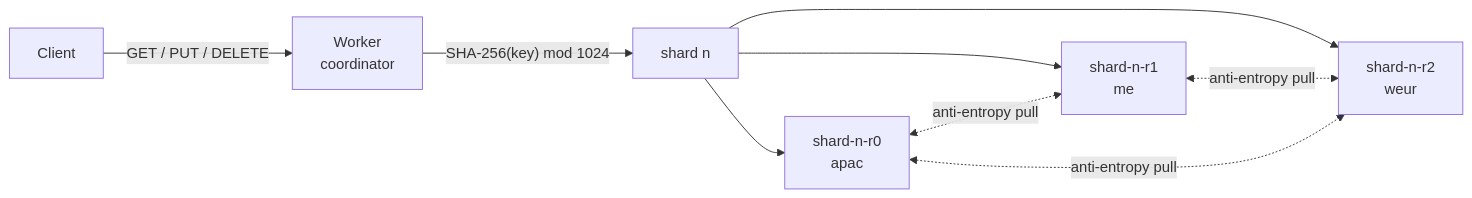
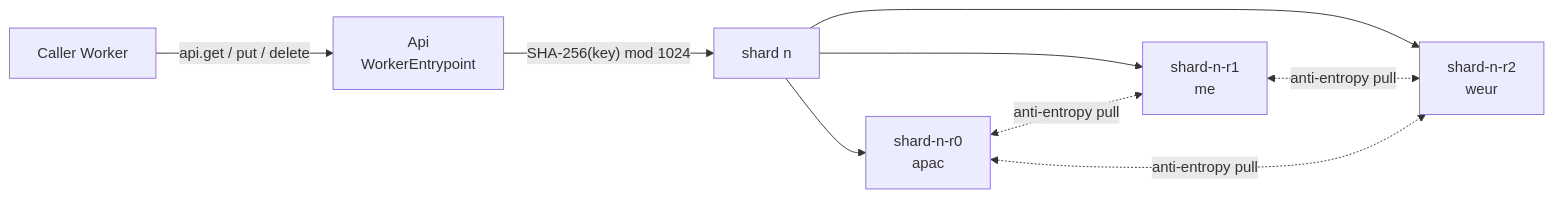
The first of 4 diagrams in README.md (boarush/quorum-kv), drawn with Mermaid before and after one commit. The commit also changed other lines of this file and 10 other files, not shown here.

First line of the commit message:
refactor: replace HTTP API with WorkerEntrypoint

````diff
--- a/README.md
+++ b/README.md
@@ -21,11 +21,11 @@
 ```mermaid
 flowchart LR
-    C[Client] -->|GET / PUT / DELETE| W["Worker<br/>coordinator"]
+    C[Caller Worker] -->|"api.get / put / delete"| W["Api<br/>WorkerEntrypoint"]
     W -->|"SHA-256(key) mod 1024"| S["shard n"]
     S --> R0["shard-n-r0<br/>apac"]
     S --> R1["shard-n-r1<br/>me"]
     S --> R2["shard-n-r2<br/>weur"]
     R0 <-.->|"anti-entropy pull"| R1
     R1 <-.->|"anti-entropy pull"| R2
     R0 <-.->|"anti-entropy pull"| R2
 ```
````
